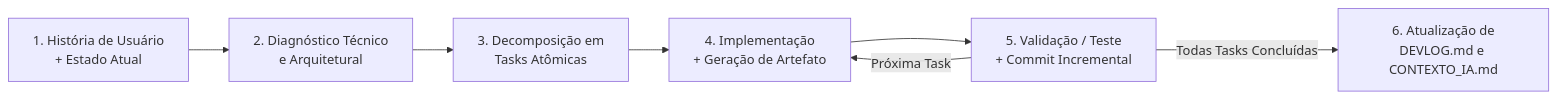
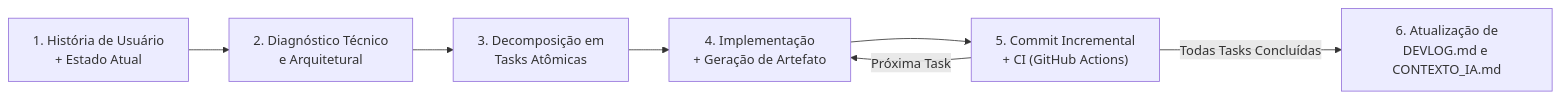
Before and after one commit to heitoroliveira75/EngSoftTrabalho_Personal_TrainerIA: the diagram in DIRETRIZES_DESENVOLVIMENTO.md, drawn with Mermaid. The commit also changed other lines of this file and 8 other files, not shown here.

Commit message:
Adição de testes via GitHub Actions

````diff
--- a/DIRETRIZES_DESENVOLVIMENTO.md
+++ b/DIRETRIZES_DESENVOLVIMENTO.md
@@ -11,9 +11,9 @@
 ```mermaid
 flowchart LR
     A["1. História de Usuário\n+ Estado Atual"] --> B["2. Diagnóstico Técnico\ne Arquitetural"]
     B --> C["3. Decomposição em\nTasks Atômicas"]
     C --> D["4. Implementação\n+ Geração de Artefato"]
-    D --> E["5. Validação / Teste\n+ Commit Incremental"]
+    D --> E["5. Commit Incremental\n+ CI (GitHub Actions)"]
     E -->|"Próxima Task"| D
     E -->|"Todas Tasks Concluídas"| F["6. Atualização de\nDEVLOG.md e CONTEXTO_IA.md"]
 ```
````
